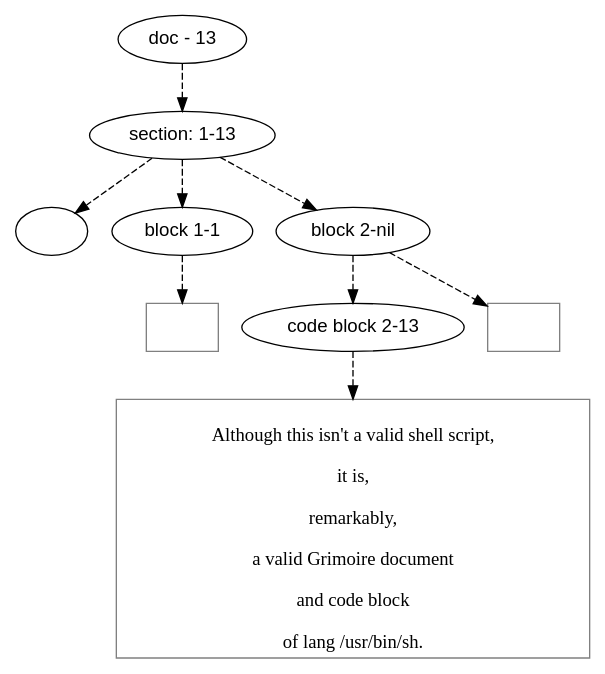
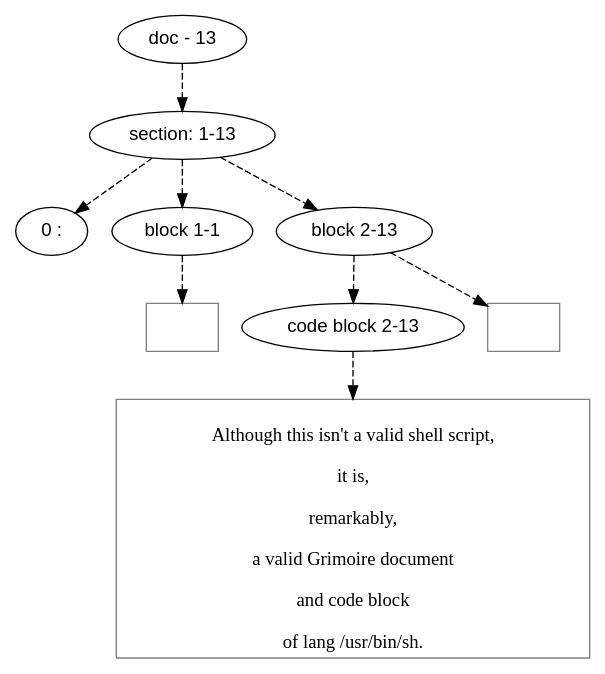
One commit to mnemnion/orb changed the diagram in orb/dot/samples/unwrapped.gm.dot. Above: the diagram before and after it, drawn with Graphviz. The commit also changed 80 other files, not shown here.

```diff
--- a/orb/dot/samples/unwrapped.gm.dot
+++ b/orb/dot/samples/unwrapped.gm.dot
@@ -1,44 +1,44 @@
 digraph hierarchy {
 
 node [fontname=Helvetica]
 edge [style=dashed]
 
 doc_0 [label="doc - 13"]
 
 doc_0 -> { section_1}
 {rank=same; section_1}
 
 section_1 [label="section: 1-13"]
 
 section_1 -> { header_2 block_3 block_4}
 {rank=same; header_2 block_3 block_4}
 
-header_2 [label=""]
+header_2 [label="0 : "]
 block_3 [label="block 1-1"]
-block_4 [label="block 2-nil"]
+block_4 [label="block 2-13"]
 
 
 block_3 -> leaf_5
 leaf_5  [color=Gray,shape=rectangle,fontname=Inconsolata,label=""]block_4 -> { codeblock_6}
 {rank=same; codeblock_6}
 
 codeblock_6 [label="code block 2-13"]
 
 
 codeblock_6 -> leaf_7
 leaf_7  [color=Gray,shape=rectangle,fontname=Inconsolata,label="
 Although this isn't a valid shell script,
 
 it is,
 
 remarkably,
 
 a valid Grimoire document
 
 and code block
 
 of lang /usr/bin/sh.
 "]
 block_4 -> leaf_8
 leaf_8  [color=Gray,shape=rectangle,fontname=Inconsolata,label=""]
 }
```
